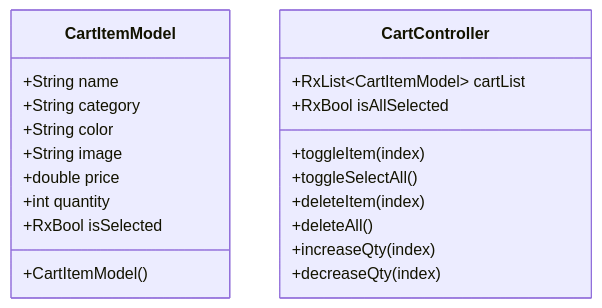
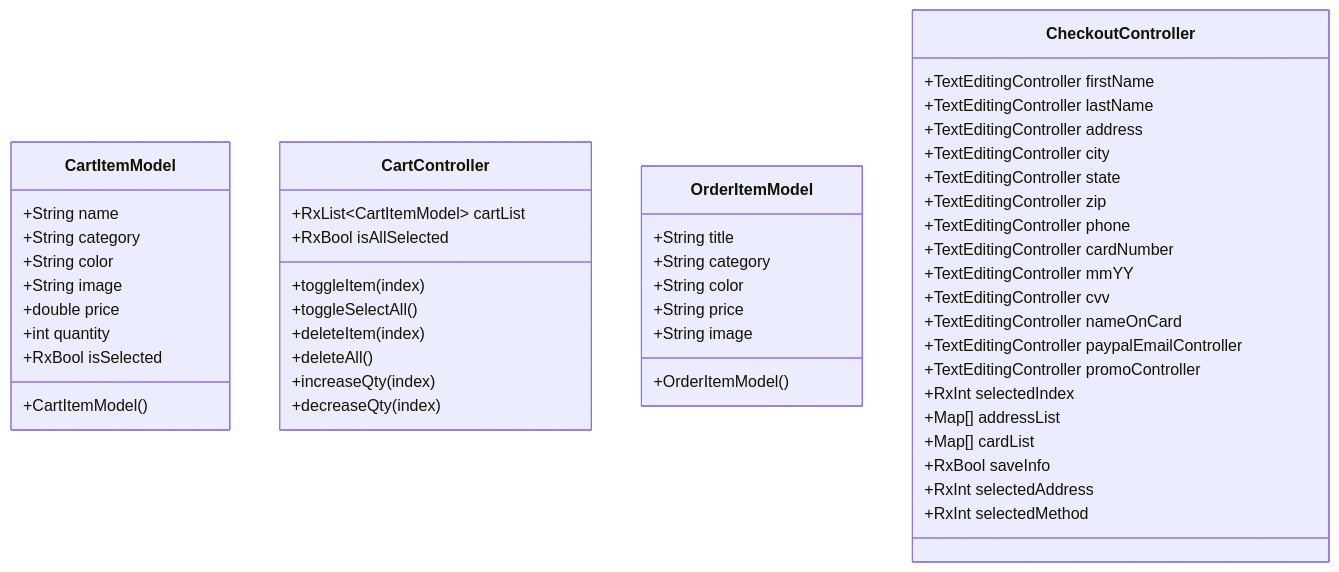
One commit to Ariful3111/FurniGo changed the fourth of 13 diagrams in .qoder/repowiki/en/content/Core Features/E-commerce Platform/Shopping Cart System.md. Above: the diagram before and after it, drawn with Mermaid. The commit also changed other lines of this file and 15 other files, not shown here.

````diff
--- a/.qoder/repowiki/en/content/Core Features/E-commerce Platform/Shopping Cart System.md
+++ b/.qoder/repowiki/en/content/Core Features/E-commerce Platform/Shopping Cart System.md
@@ -190,23 +255,52 @@
 ```mermaid
 classDiagram
 class CartItemModel {
 +String name
 +String category
 +String color
 +String image
 +double price
 +int quantity
 +RxBool isSelected
 +CartItemModel()
 }
 class CartController {
 +RxList~CartItemModel~ cartList
 +RxBool isAllSelected
 +toggleItem(index)
 +toggleSelectAll()
 +deleteItem(index)
 +deleteAll()
 +increaseQty(index)
 +decreaseQty(index)
 }
+class OrderItemModel {
++String title
++String category
++String color
++String price
++String image
++OrderItemModel()
+}
+class CheckoutController {
++TextEditingController firstName
++TextEditingController lastName
++TextEditingController address
++TextEditingController city
++TextEditingController state
++TextEditingController zip
++TextEditingController phone
++TextEditingController cardNumber
++TextEditingController mmYY
++TextEditingController cvv
++TextEditingController nameOnCard
++TextEditingController paypalEmailController
++TextEditingController promoController
++RxInt selectedIndex
++Map[] addressList
++Map[] cardList
++RxBool saveInfo
++RxInt selectedAddress
++RxInt selectedMethod
+}
 ```
````
